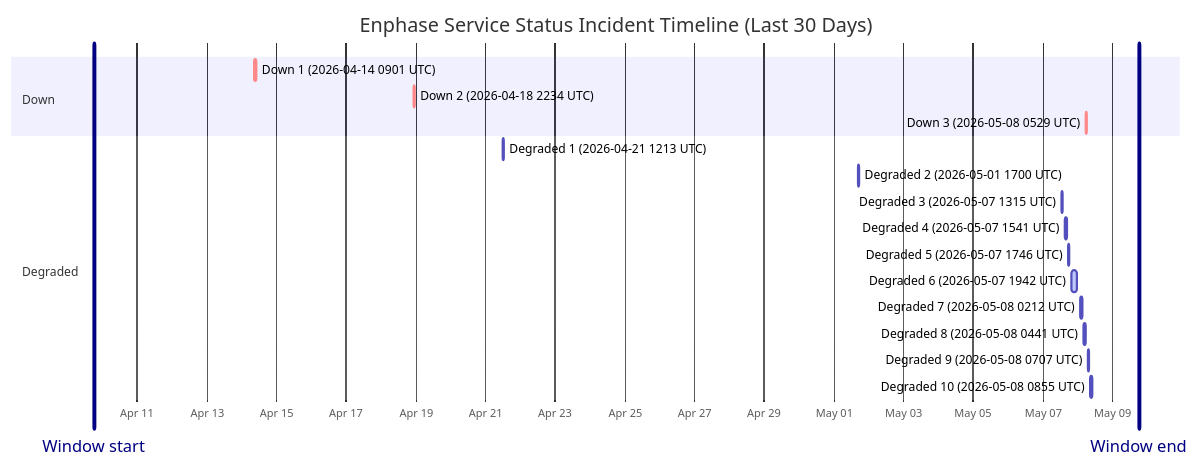
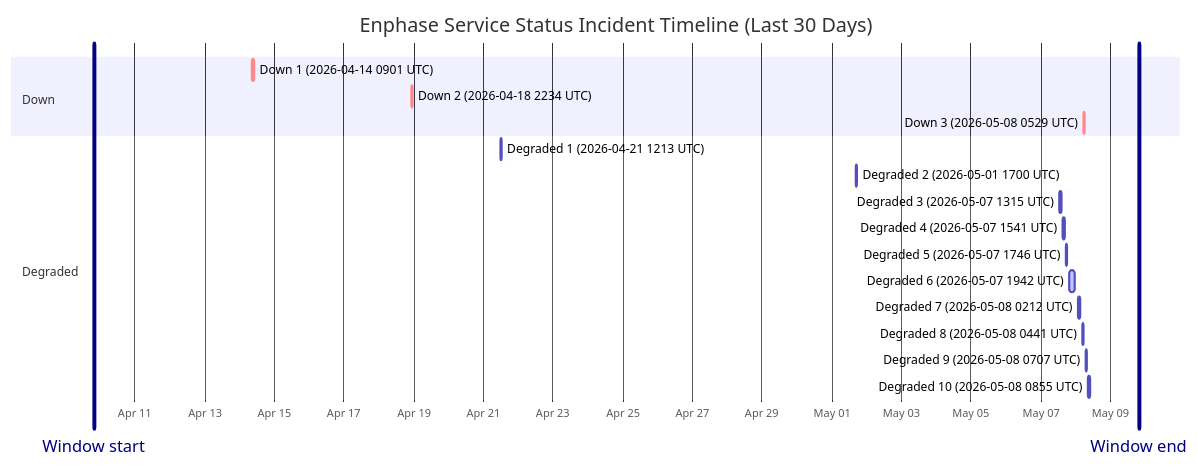
The diagram in wiki/Service-Status-History.md (barneyonline/ha-enphase-ev-charger), drawn with Mermaid before and after one commit. The commit also changed other lines of this file and 3 other files, not shown here.

````diff
--- a/wiki/Service-Status-History.md
+++ b/wiki/Service-Status-History.md
@@ -14,23 +14,23 @@
 ```mermaid
 gantt
     title Enphase Service Status Incident Timeline (Last 30 Days)
     dateFormat  YYYY-MM-DDTHH:mm:ss
     axisFormat  %b %d
-    Window start :vert, window-start, 2026-04-09T18:12:43, 0ms
-    Window end :vert, window-end, 2026-05-09T18:12:43, 0ms
+    Window start :vert, window-start, 2026-04-09T19:39:57, 0ms
+    Window end :vert, window-end, 2026-05-09T19:39:57, 0ms
     section Down
     Down 1 (2026-04-14 0901 UTC) :crit, down-1, 2026-04-14T09:01:13, 60m
     Down 2 (2026-04-18 2234 UTC) :crit, down-2, 2026-04-18T22:34:13, 60m
     Down 3 (2026-05-08 0529 UTC) :crit, down-3, 2026-05-08T05:29:47, 60m
     section Degraded
     Degraded 1 (2026-04-21 1213 UTC) :active, degraded-1, 2026-04-21T12:13:11, 60m
     Degraded 2 (2026-05-01 1700 UTC) :active, degraded-2, 2026-05-01T17:00:22, 60m
     Degraded 3 (2026-05-07 1315 UTC) :active, degraded-3, 2026-05-07T13:15:25, 60m
     Degraded 4 (2026-05-07 1541 UTC) :active, degraded-4, 2026-05-07T15:41:58, 60m
     Degraded 5 (2026-05-07 1746 UTC) :active, degraded-5, 2026-05-07T17:46:51, 60m
     Degraded 6 (2026-05-07 1942 UTC) :active, degraded-6, 2026-05-07T19:42:10, 249m
     Degraded 7 (2026-05-08 0212 UTC) :active, degraded-7, 2026-05-08T02:12:39, 60m
     Degraded 8 (2026-05-08 0441 UTC) :active, degraded-8, 2026-05-08T04:41:46, 60m
     Degraded 9 (2026-05-08 0707 UTC) :active, degraded-9, 2026-05-08T07:07:30, 60m
     Degraded 10 (2026-05-08 0855 UTC) :active, degraded-10, 2026-05-08T08:55:20, 88m
 ```
````
